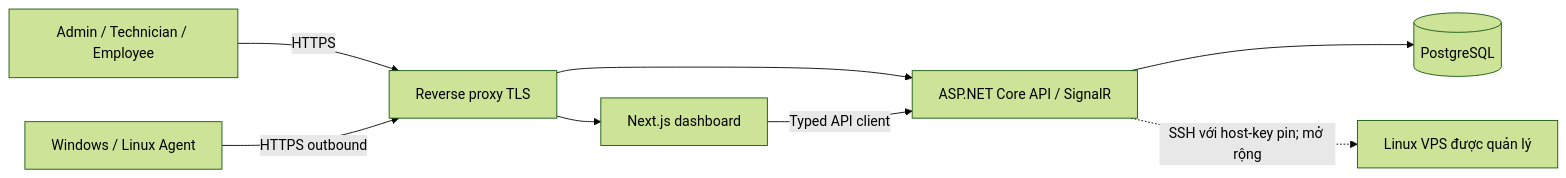
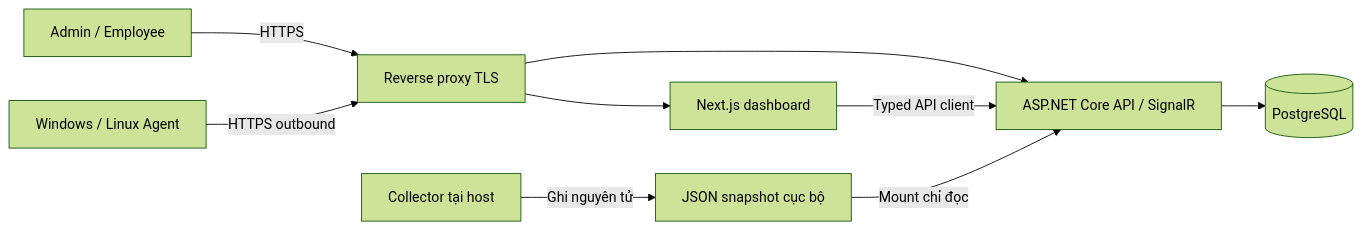
Before and after one commit to psy-zney/SentinelLAN: the diagram in docs/architecture/context.md, drawn with Mermaid (forest theme). The commit also changed other lines of this file and 777 other files, not shown here.

````diff
--- a/docs/architecture/context.md
+++ b/docs/architecture/context.md
@@ -5,10 +5,11 @@
 ```mermaid
 flowchart LR
-  People[Admin / Technician / Employee] -->|HTTPS| Proxy[Reverse proxy TLS]
+  People[Admin / Employee] -->|HTTPS| Proxy[Reverse proxy TLS]
   Proxy --> Web[Next.js dashboard]
   Proxy --> API[ASP.NET Core API / SignalR]
   Web -->|Typed API client| API
   Agent[Windows / Linux Agent] -->|HTTPS outbound| Proxy
   API --> DB[(PostgreSQL)]
-  API -.->|SSH với host-key pin; mở rộng| VPS[Linux VPS được quản lý]
+  Host[Collector tại host] -->|Ghi nguyên tử| Snapshot[JSON snapshot cục bộ]
+  Snapshot -->|Mount chỉ đọc| API
 ```
````
